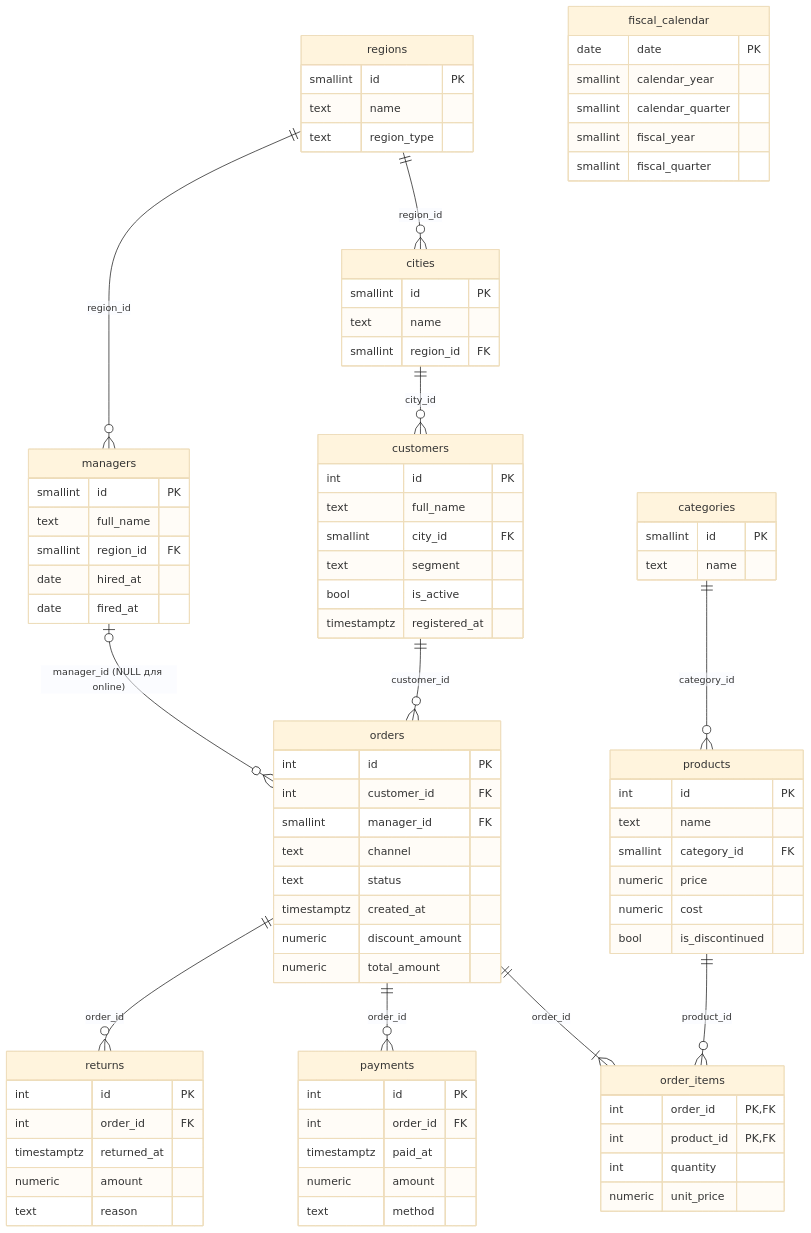
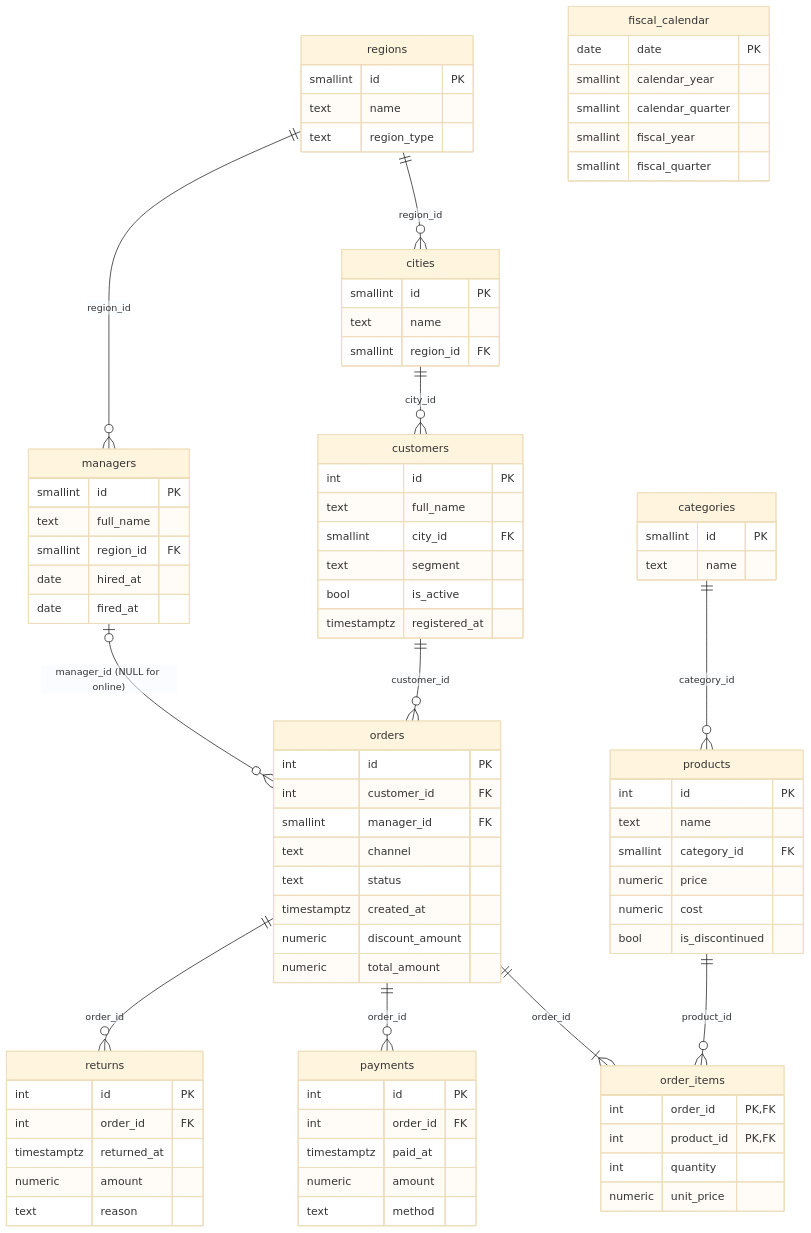
The diagram in docs/demo_db.md (Abegerov4/Suhbat2DB), drawn with Mermaid (base theme) before and after one commit. The commit also changed other lines of this file and 41 other files, not shown here.

First line of the commit message:
DIP-40: Translate documentation and diagrams into English

```diff
--- a/docs/demo_db.md
+++ b/docs/demo_db.md
@@ -42,7 +42,7 @@
     regions ||--o{ managers : "region_id"
     cities ||--o{ customers : "city_id"
     customers ||--o{ orders : "customer_id"
-    managers |o--o{ orders : "manager_id (NULL для online)"
+    managers |o--o{ orders : "manager_id (NULL for online)"
     orders ||--|{ order_items : "order_id"
     products ||--o{ order_items : "product_id"
     categories ||--o{ products : "category_id"
```
